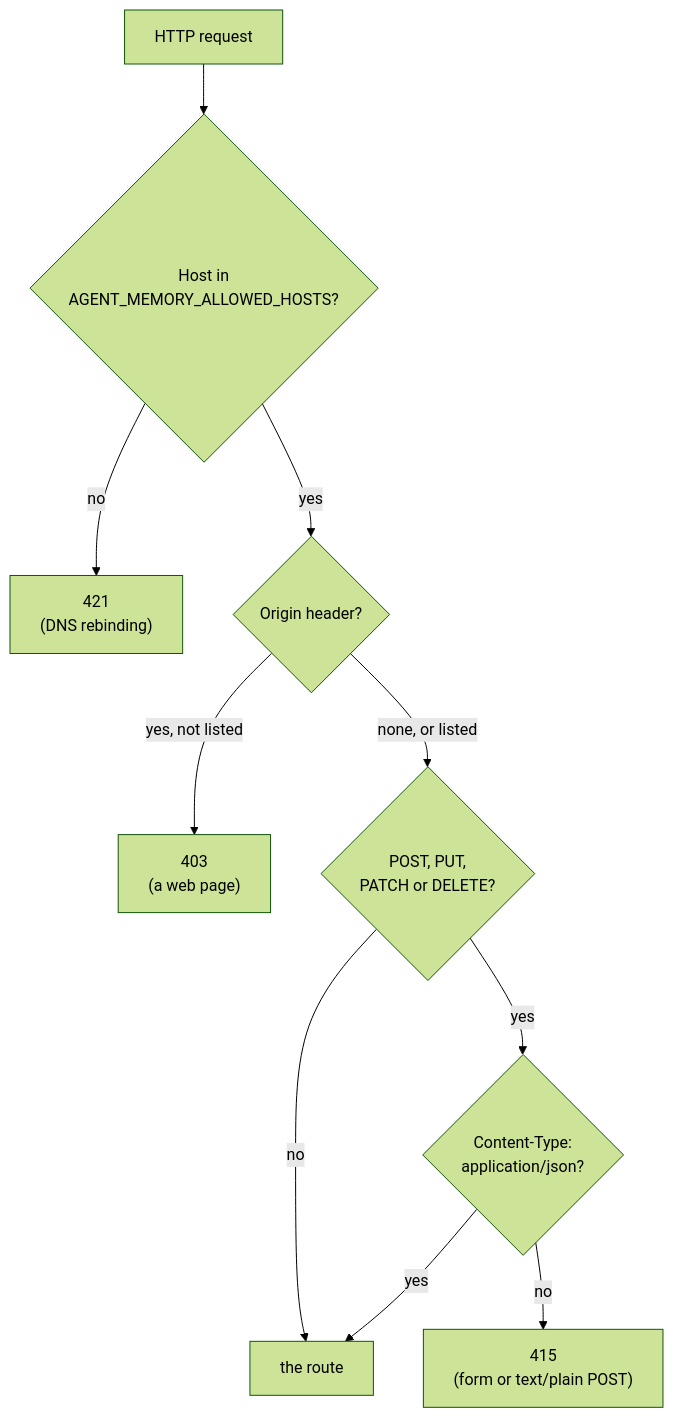
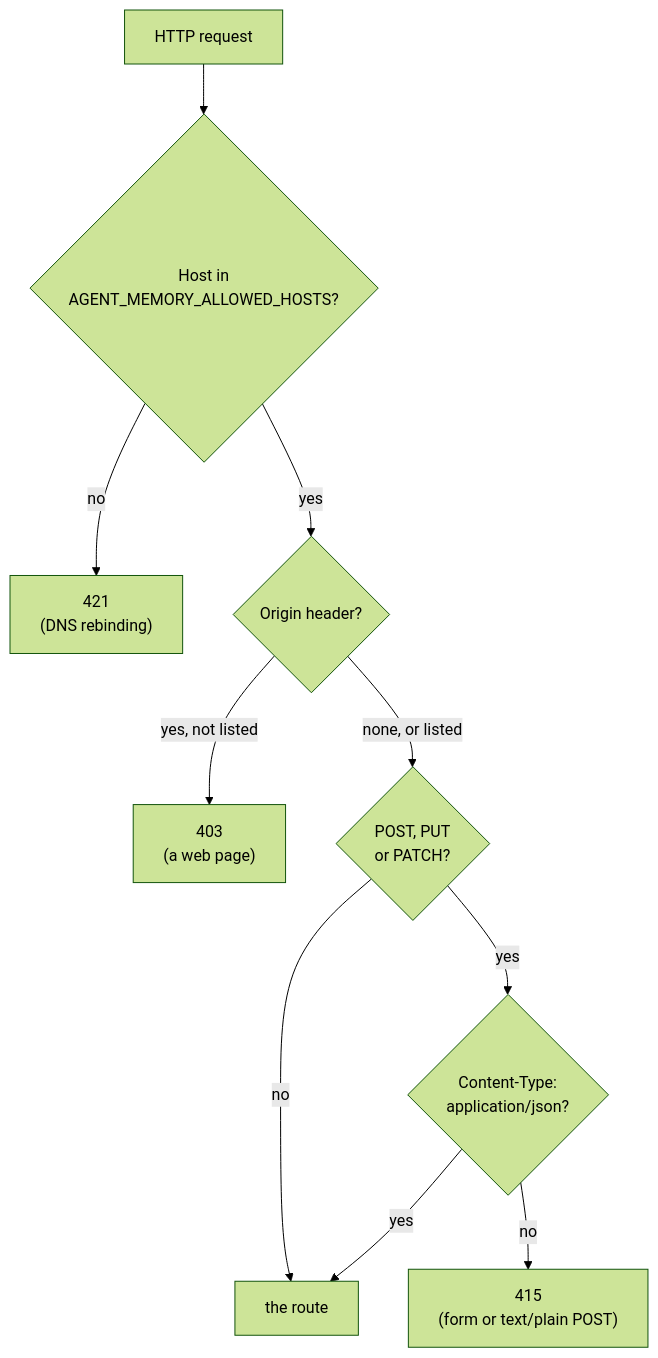
The fifth of 6 diagrams in docs/server.md (roune/agent-memory), drawn with Mermaid (forest theme) before and after one commit. The commit also changed other lines of this file and 13 other files, not shown here.

````diff
--- a/docs/server.md
+++ b/docs/server.md
@@ -135,12 +169,12 @@
 ```mermaid
 flowchart TD
   req["HTTP request"] --> host{"Host in<br/>AGENT_MEMORY_ALLOWED_HOSTS?"}
   host -- no --> r421["421<br/>(DNS rebinding)"]
   host -- yes --> origin{"Origin header?"}
   origin -- "yes, not listed" --> r403["403<br/>(a web page)"]
-  origin -- "none, or listed" --> write{"POST, PUT,<br/>PATCH or DELETE?"}
+  origin -- "none, or listed" --> write{"POST, PUT<br/>or PATCH?"}
   write -- no --> route["the route"]
   write -- yes --> json{"Content-Type:<br/>application/json?"}
   json -- no --> r415["415<br/>(form or text/plain POST)"]
   json -- yes --> route
 ```
````
